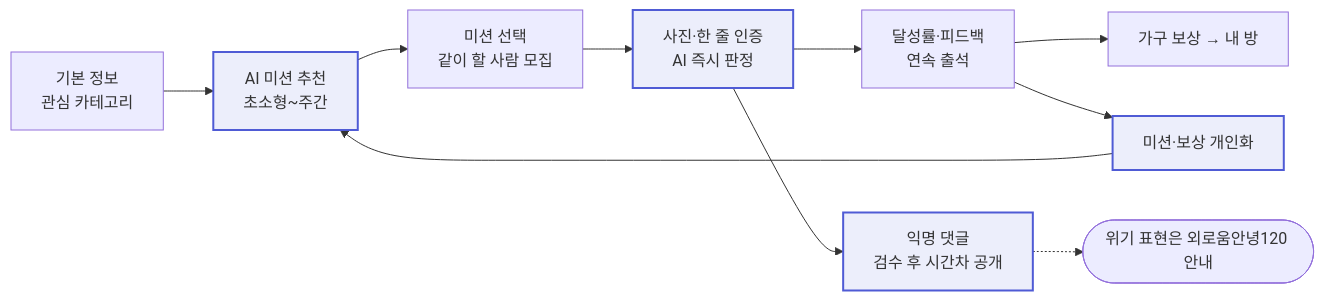
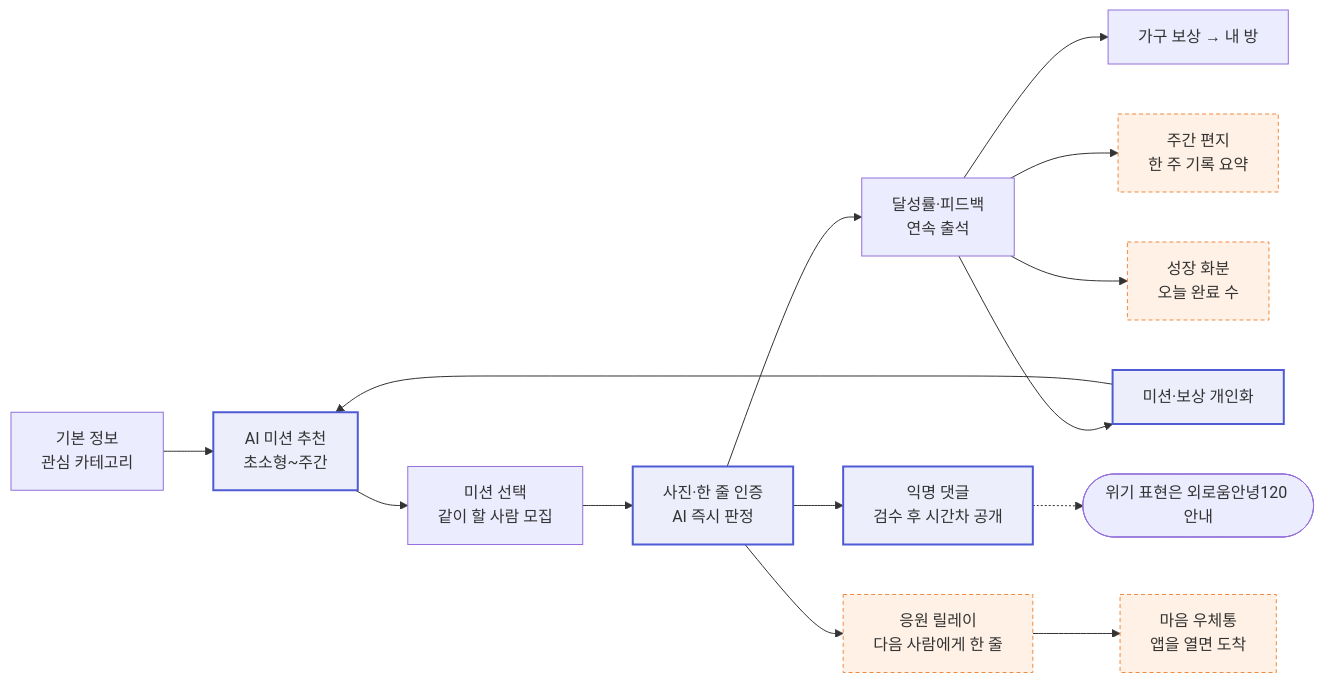
One commit to koolunkle/maru changed the diagram in PRD.md. Above: the diagram before and after it, drawn with Mermaid. The commit also changed other lines of this file and 1 other file, not shown here.

````diff
--- a/PRD.md
+++ b/PRD.md
@@ -102,14 +112,19 @@
 ```mermaid
 flowchart LR
     A[기본 정보<br/>관심 카테고리] --> B[AI 미션 추천<br/>초소형~주간]:::ai
     B --> C[미션 선택<br/>같이 할 사람 모집]
     C --> D[사진·한 줄 인증<br/>AI 즉시 판정]:::ai
     D --> E[달성률·피드백<br/>연속 출석]
     D --> F[익명 댓글<br/>검수 후 시간차 공개]:::ai
     E --> G[가구 보상 → 내 방]
     E --> H[미션·보상 개인화]:::ai
     H --> B
     F -.-> I([위기 표현은 외로움안녕120 안내])
+    D --> R[응원 릴레이<br/>다음 사람에게 한 줄]:::new
+    R --> M[마음 우체통<br/>앱을 열면 도착]:::new
+    E --> W[주간 편지<br/>한 주 기록 요약]:::new
+    E --> P[성장 화분<br/>오늘 완료 수]:::new
 
     classDef ai fill:#eceefb,stroke:#4f5bd5,stroke-width:2px;
+    classDef new fill:#fff1e5,stroke:#f08a3e,stroke-dasharray:4 3;
 ```
````
